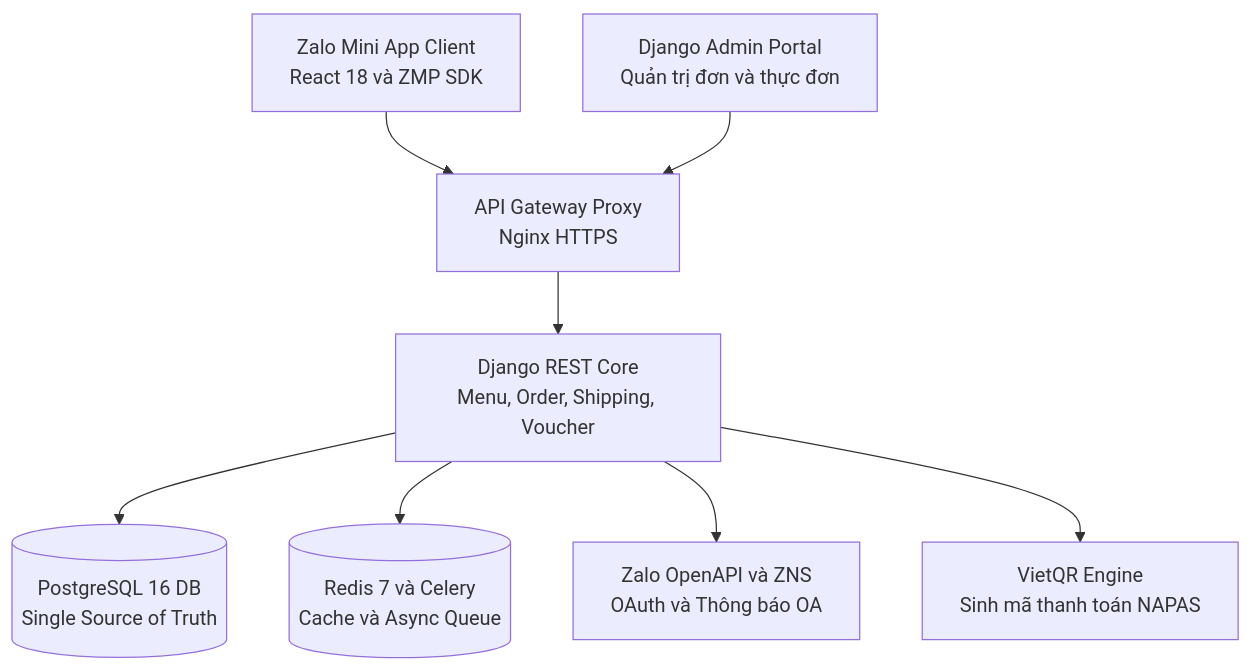
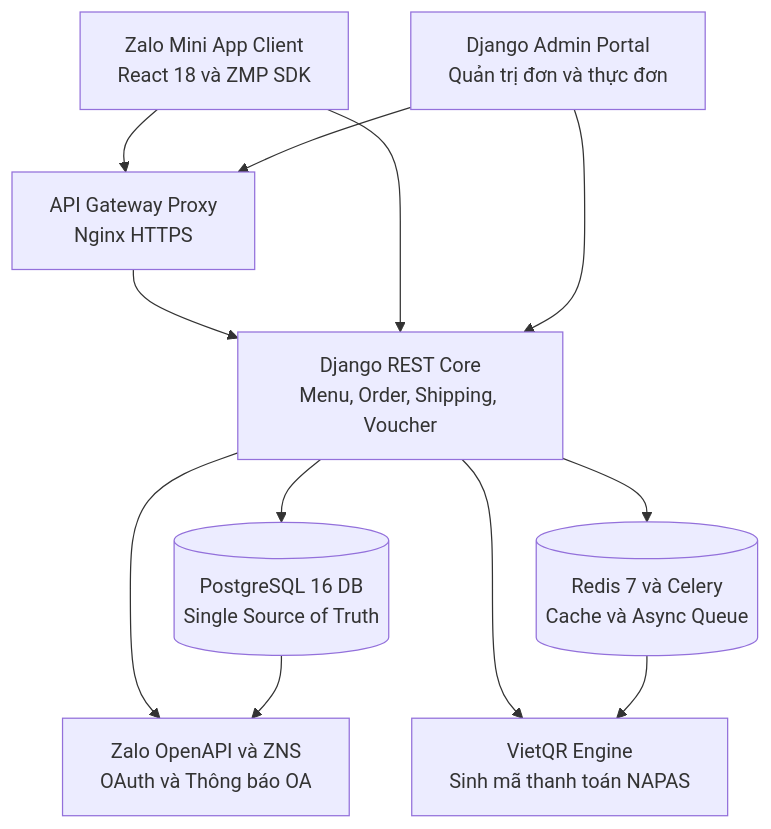
One commit to nguyengoctin/my_website changed the first of 2 diagrams in content/posts/bep-di-6-zalo-mini-app-ordering-platform.md. Above: the diagram before and after it, drawn with Mermaid. The commit also changed other lines of this file and 19 other files, not shown here.

Commit message:
chore: implement Mermaid best-practice audit script, apply auto-fixes to posts, and adjust rendering configurations

````diff
--- a/content/posts/bep-di-6-zalo-mini-app-ordering-platform.md
+++ b/content/posts/bep-di-6-zalo-mini-app-ordering-platform.md
@@ -17,18 +17,22 @@
 ```mermaid
 flowchart TD
     Client["Zalo Mini App Client<br/>React 18 và ZMP SDK"]
     AdminPanel["Django Admin Portal<br/>Quản trị đơn và thực đơn"]
     Gateway["API Gateway Proxy<br/>Nginx HTTPS"]
     DjangoAPI["Django REST Core<br/>Menu, Order, Shipping, Voucher"]
     PostgresDB[("PostgreSQL 16 DB<br/>Single Source of Truth")]
     RedisCache[("Redis 7 và Celery<br/>Cache và Async Queue")]
     ZaloOpenAPI["Zalo OpenAPI và ZNS<br/>OAuth và Thông báo OA"]
     VietQRService["VietQR Engine<br/>Sinh mã thanh toán NAPAS"]
     Client --> Gateway
     AdminPanel --> Gateway
     Gateway --> DjangoAPI
+    Client --> DjangoAPI
+    AdminPanel --> DjangoAPI
     DjangoAPI --> PostgresDB
     DjangoAPI --> RedisCache
     DjangoAPI --> ZaloOpenAPI
     DjangoAPI --> VietQRService
+    PostgresDB --> ZaloOpenAPI
+    RedisCache --> VietQRService
 ```
````
